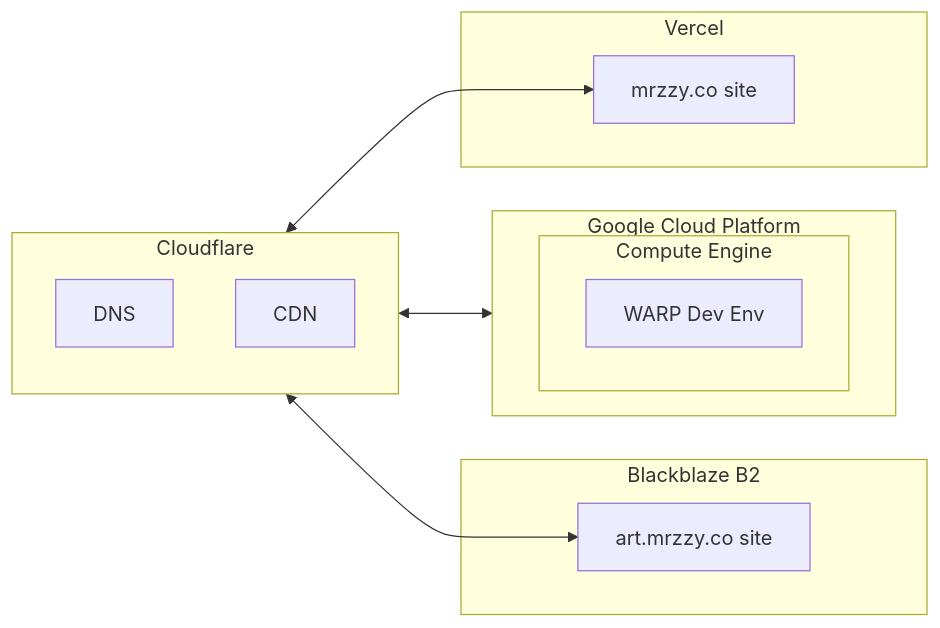
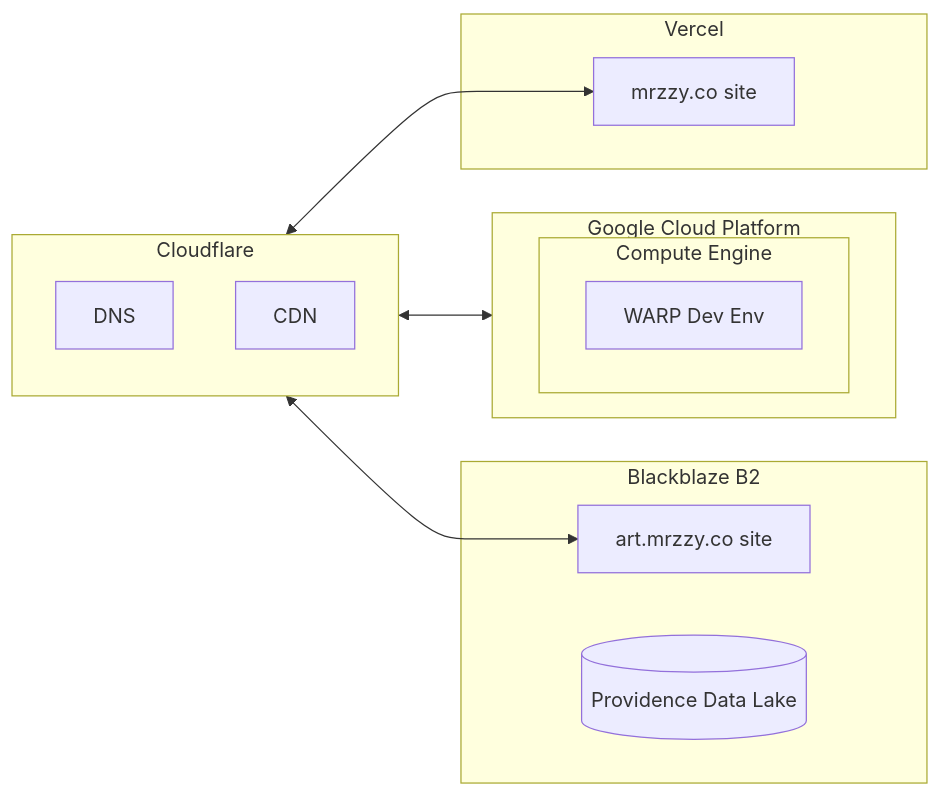
The diagram in README.md (mrzzy/nimbus), drawn with Mermaid before and after one commit.

Commit message:
doc(README):include b2 bucket used providence data lake in architecture diagram

````diff
--- a/README.md
+++ b/README.md
@@ -16,25 +16,26 @@
 ```mermaid
 flowchart LR
     subgraph cf[Cloudflare]
         direction TB
         DNS
         CDN
     end
 
     cf[Cloudflare] <--> dev-env & art & site
 
     subgraph gcp[Google Cloud Platform]
         direction LR
         subgraph gce[Compute Engine]
             dev-env[WARP Dev Env]
         end
     end
 
     subgraph b2[Blackblaze B2]
         art[art.mrzzy.co site]
+        lake[(Providence Data Lake)]
     end
 
     subgraph vercel[Vercel]
         site[mrzzy.co site]
     end
 ```
````
